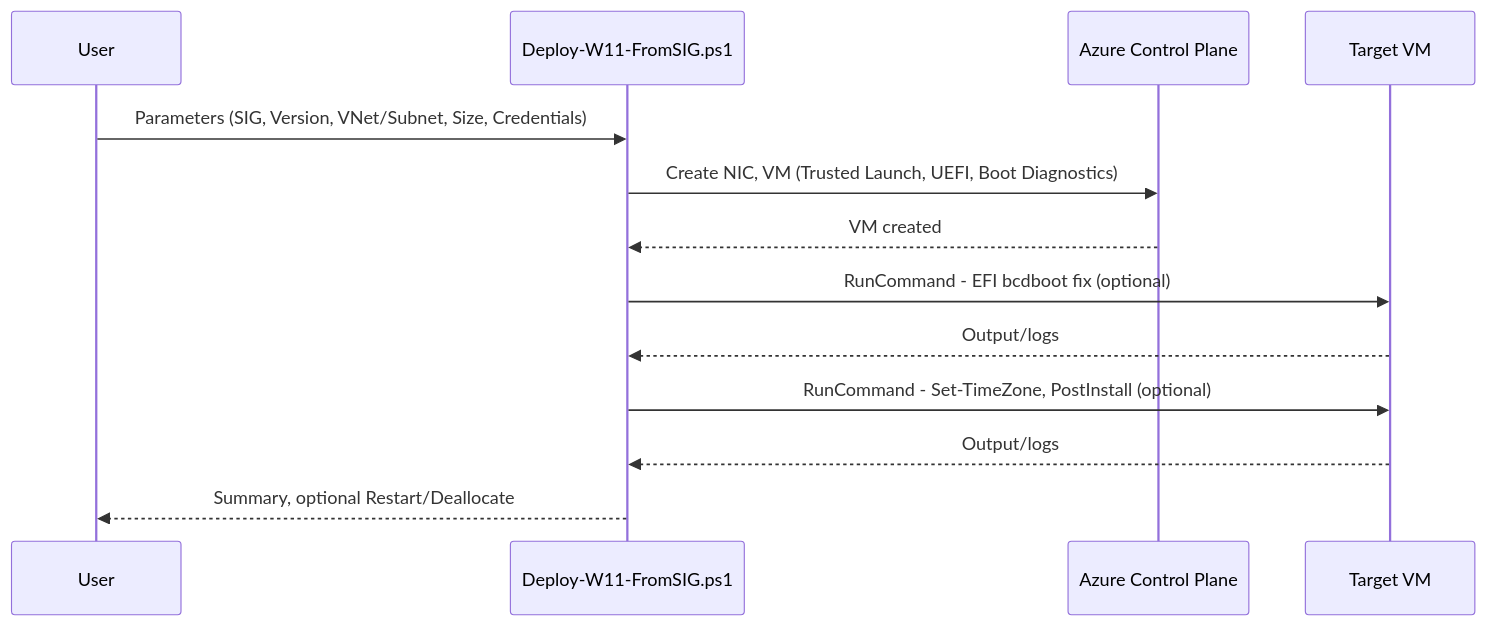
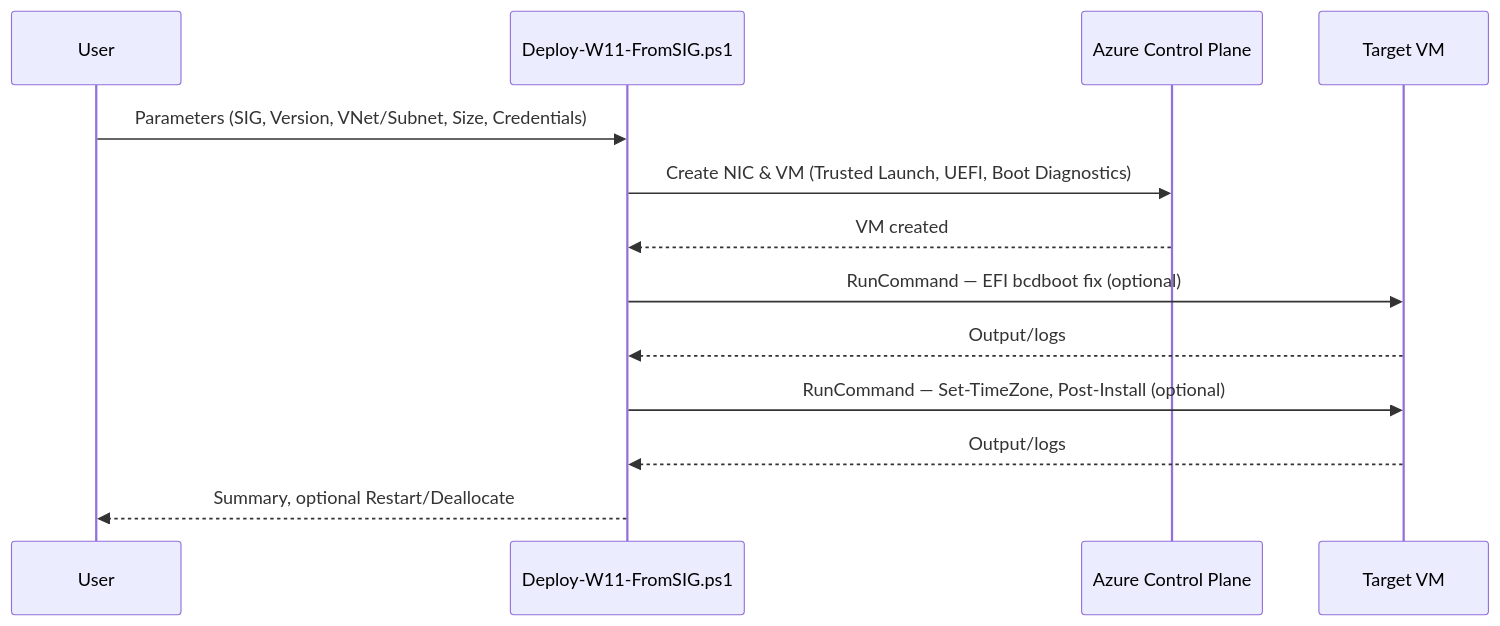
The second of 2 diagrams in VM/readme.md (JoergBrors/AVD), drawn with Mermaid before and after one commit. The commit also changed other lines of this file, not shown here.

````diff
--- a/VM/readme.md
+++ b/VM/readme.md
@@ -144,15 +161,15 @@
 ```mermaid
 sequenceDiagram
   participant User
   participant Script as Deploy-W11-FromSIG.ps1
   participant Azure as Azure Control Plane
   participant VM as Target VM
   User->>Script: Parameters (SIG, Version, VNet/Subnet, Size, Credentials)
-  Script->>Azure: Create NIC, VM (Trusted Launch, UEFI, Boot Diagnostics)
+  Script->>Azure: Create NIC & VM (Trusted Launch, UEFI, Boot Diagnostics)
   Azure-->>Script: VM created
-  Script->>VM: RunCommand - EFI bcdboot fix (optional)
+  Script->>VM: RunCommand — EFI bcdboot fix (optional)
   VM-->>Script: Output/logs
-  Script->>VM: RunCommand - Set-TimeZone, PostInstall (optional)
+  Script->>VM: RunCommand — Set-TimeZone, Post-Install (optional)
   VM-->>Script: Output/logs
   Script-->>User: Summary, optional Restart/Deallocate
 ```
````
